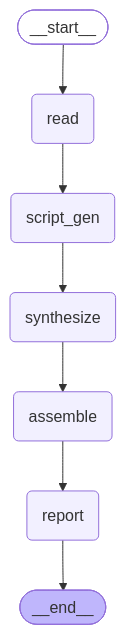
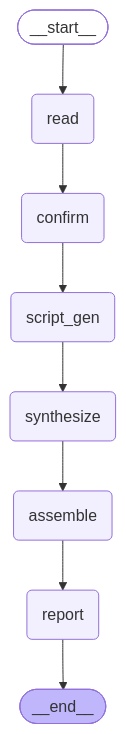
One commit to garciadias/audify changed the diagram in docs/graph.md. Above: the diagram before and after it, drawn with Mermaid. The commit also changed other lines of this file and 11 other files, not shown here.

First line of the commit message:
feat(qa): wire mode dispatch + restored infra into the graph (#35)

````diff
--- a/docs/graph.md
+++ b/docs/graph.md
@@ -5,20 +5,22 @@
 ```mermaid
 graph TD;
 	__start__([<p>__start__</p>]):::first
 	read(read)
+	confirm(confirm)
 	script_gen(script_gen)
 	synthesize(synthesize)
 	assemble(assemble)
 	report(report)
 	__end__([<p>__end__</p>]):::last
 	__start__ --> read;
 	assemble --> report;
-	read --> script_gen;
+	confirm --> script_gen;
+	read --> confirm;
 	script_gen --> synthesize;
 	synthesize --> assemble;
 	report --> __end__;
 	classDef default fill:#f2f0ff,line-height:1.2
 	classDef first fill-opacity:0
 	classDef last fill:#bfb6fc
 
 ```
````
